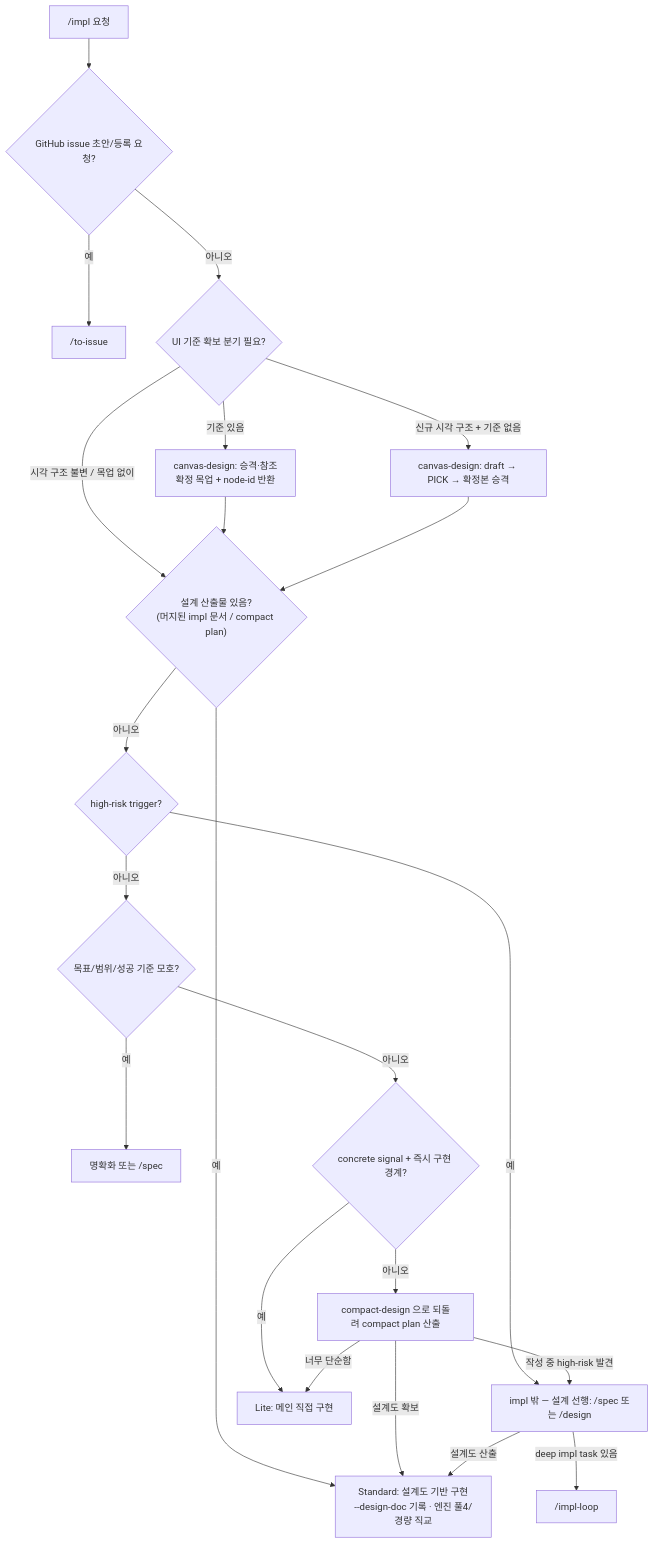
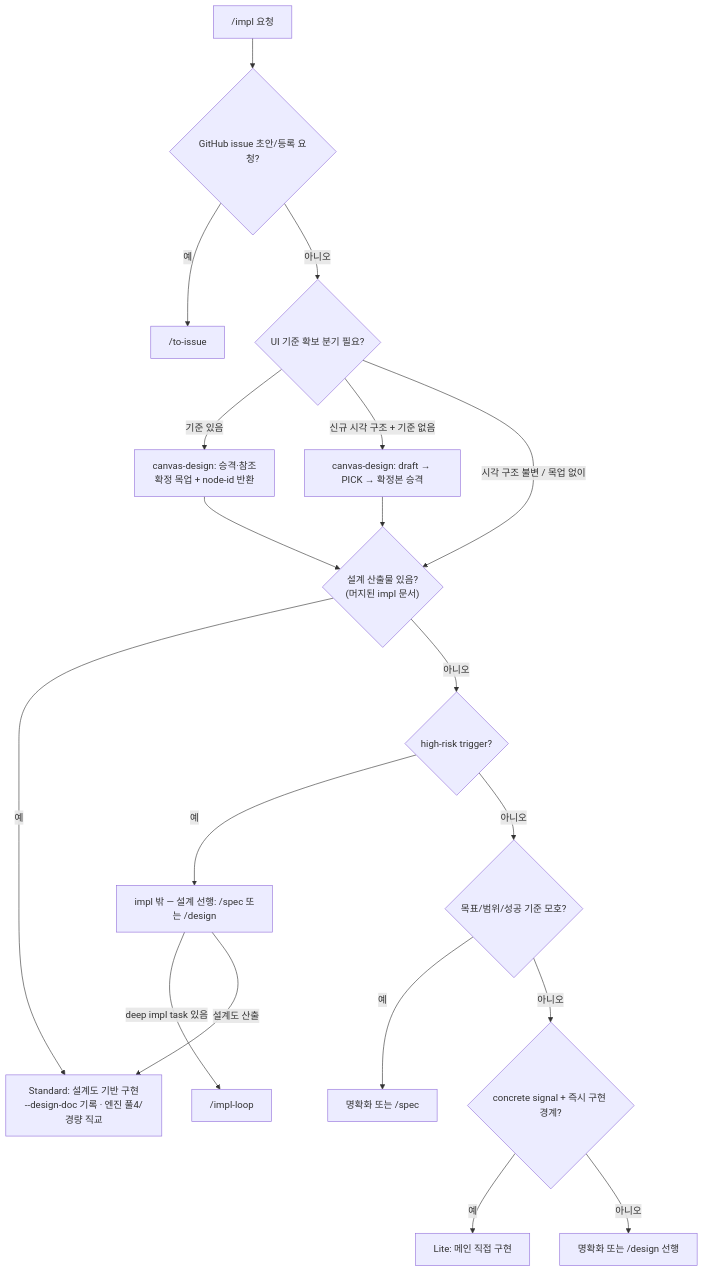
The diagram in skills/impl/impl-routing.md (Daeguk-Sun/dcNess), drawn with Mermaid before and after one commit. The commit also changed other lines of this file and 35 other files, not shown here.

First line of the commit message:
[feature] compact design surface 제거

````diff
--- a/skills/impl/impl-routing.md
+++ b/skills/impl/impl-routing.md
@@ -12,24 +12,21 @@
 ```mermaid
 flowchart TB
   REQ["/impl 요청"] --> MAKE{"GitHub issue 초안/등록 요청?"}
   MAKE -->|예| TI["/to-issue"]
   MAKE -->|아니오| UI{"UI 기준 확보 분기 필요?"}
   UI -->|기준 있음| CDES1["canvas-design: 승격·참조<br/>확정 목업 + node-id 반환"]
   UI -->|신규 시각 구조 + 기준 없음| CDES2["canvas-design: draft → PICK → 확정본 승격"]
   UI -->|시각 구조 불변 / 목업 없이| DOC
-  CDES1 --> DOC{"설계 산출물 있음?<br/>(머지된 impl 문서 / compact plan)"}
+  CDES1 --> DOC{"설계 산출물 있음?<br/>(머지된 impl 문서)"}
   CDES2 --> DOC
   DOC -->|예| ST["Standard: 설계도 기반 구현<br/>--design-doc 기록 · 엔진 풀4/경량 직교"]
   DOC -->|아니오| HR{"high-risk trigger?"}
   HR -->|예| OUT["impl 밖 — 설계 선행: /spec 또는 /design"]
   HR -->|아니오| AM{"목표/범위/성공 기준 모호?"}
   AM -->|예| CL["명확화 또는 /spec"]
   AM -->|아니오| CS{"concrete signal + 즉시 구현 경계?"}
   CS -->|예| LT["Lite: 메인 직접 구현"]
-  CS -->|아니오| CD["compact-design 으로 되돌려 compact plan 산출"]
-  CD -->|설계도 확보| ST
-  CD -->|작성 중 high-risk 발견| OUT
-  CD -->|너무 단순함| LT
+  CS -->|아니오| CL2["명확화 또는 /design 선행"]
   OUT -->|deep impl task 있음| IL["/impl-loop <task>"]
   OUT -->|설계도 산출| ST
 ```
````
